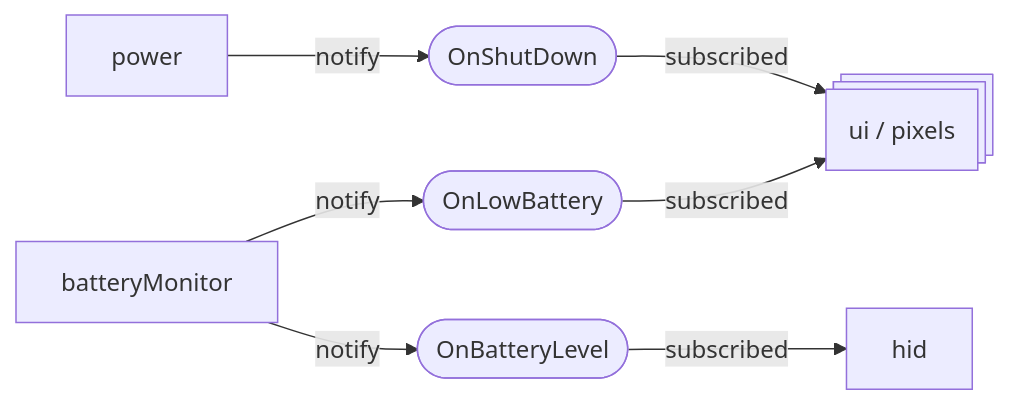
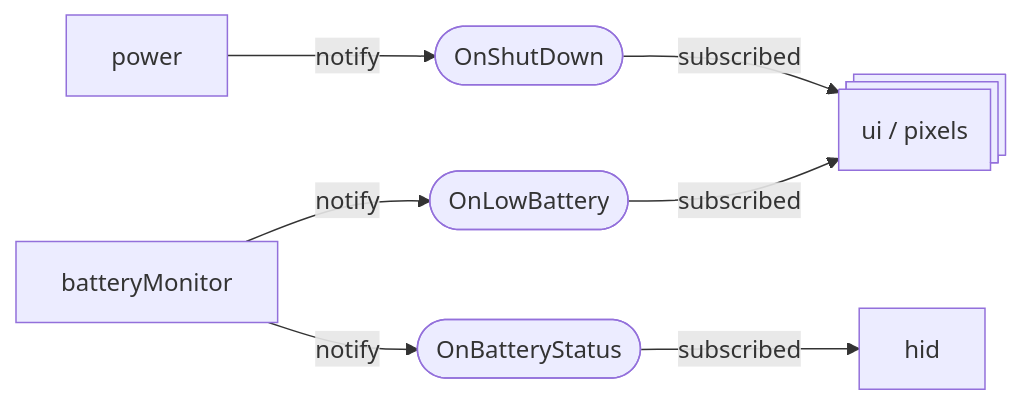
The sixth of 10 diagrams in doc/firmware/FirmwareArchitecture_en.md (robertbauernfeind/OpenSourceSimWheelESP32), drawn with Mermaid before and after one commit. The commit also changed other lines of this file and 17 other files, not shown here.

Commit message:
Replace OnBatteryLevel with OnBatteryStatus

````diff
--- a/doc/firmware/FirmwareArchitecture_en.md
+++ b/doc/firmware/FirmwareArchitecture_en.md
@@ -326,13 +326,13 @@
   ```mermaid
   flowchart LR
     OnShutDown@{ shape: stadium }
-    OnBatteryLevel@{ shape: stadium }
+    OnBatteryStatus@{ shape: stadium }
     OnLowBattery@{ shape: stadium }
     ui_pixels@{ shape: procs, label: "ui / pixels" }
     power -- notify --> OnShutDown
-    batteryMonitor -- notify --> OnBatteryLevel
+    batteryMonitor -- notify --> OnBatteryStatus
     batteryMonitor -- notify --> OnLowBattery
     OnShutDown -- subscribed --> ui_pixels
-    OnBatteryLevel -- subscribed --> hid
+    OnBatteryStatus -- subscribed --> hid
     OnLowBattery -- subscribed --> ui_pixels
   ```
````
